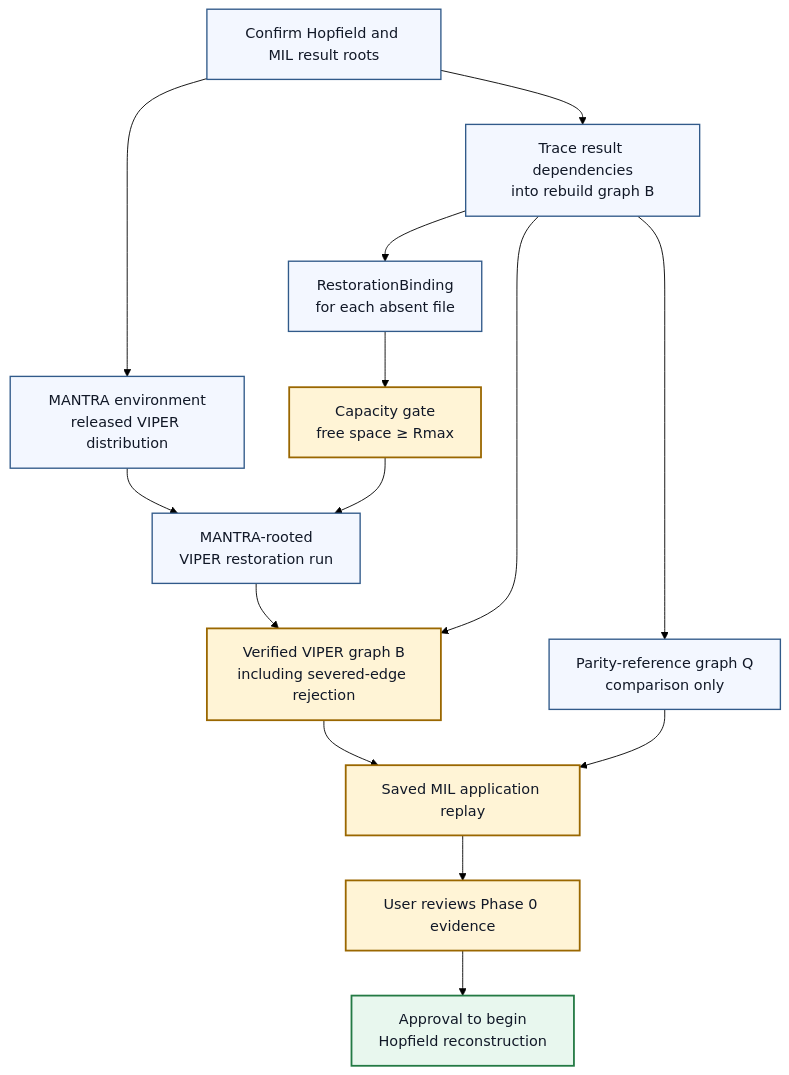
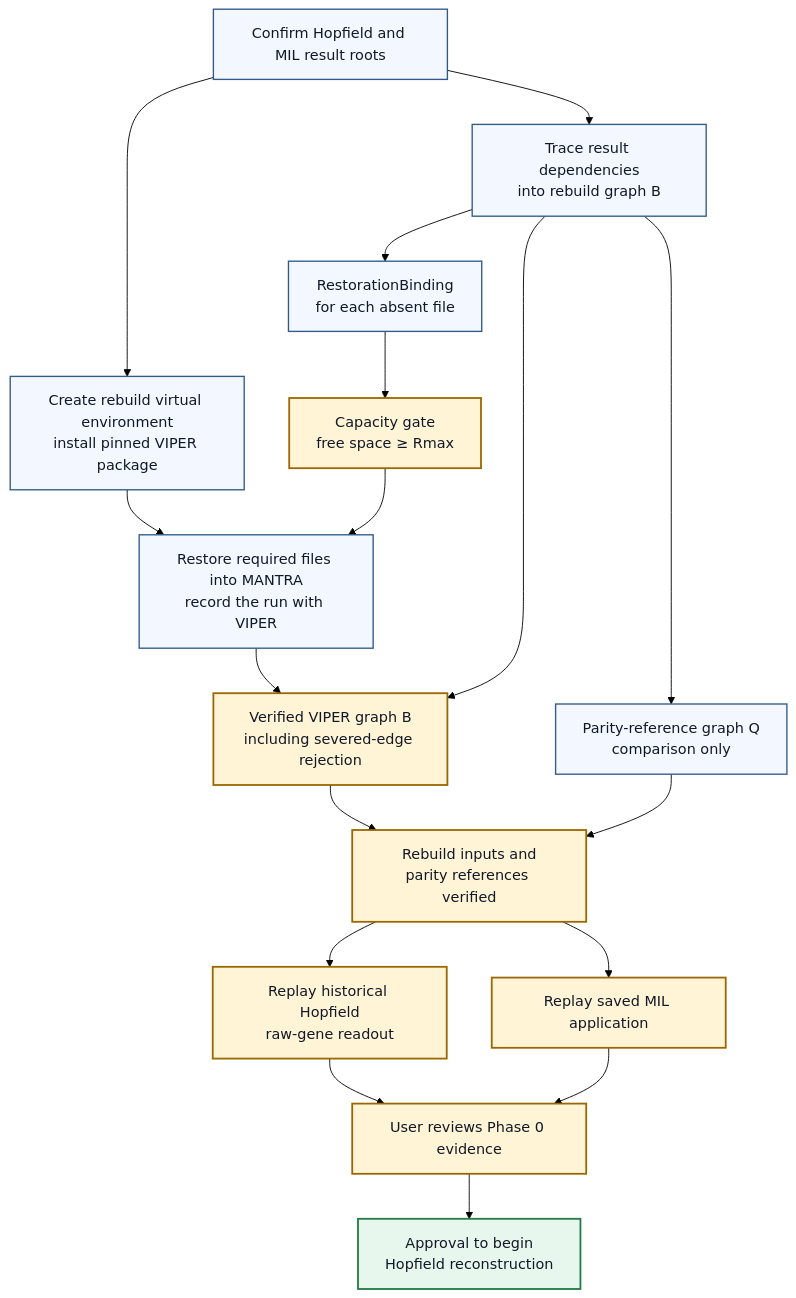
Before and after one commit to pvd232/RICO: the diagram in docs/contracts/mantra-rebuild-phase-0.md, drawn with Mermaid (forest theme). The commit also changed other lines of this file, not shown here.

Commit message:
Add both historical replay gates

````diff
--- a/docs/contracts/mantra-rebuild-phase-0.md
+++ b/docs/contracts/mantra-rebuild-phase-0.md
@@ -98,35 +99,40 @@
 ```mermaid
 flowchart TB
     roots["Confirm Hopfield and MIL result roots"]
-    environment["MANTRA environment<br/>released VIPER distribution"]
+    environment["Create rebuild virtual environment<br/>install pinned VIPER package"]
     trace["Trace result dependencies<br/>into rebuild graph B"]
     binding["RestorationBinding<br/>for each absent file"]
     parity["Parity-reference graph Q<br/>comparison only"]
     capacity["Capacity gate<br/>free space ≥ Rmax"]
-    restore["MANTRA-rooted<br/>VIPER restoration run"]
+    restore["Restore required files into MANTRA<br/>record the run with VIPER"]
     verify["Verified VIPER graph B<br/>including severed-edge rejection"]
-    replay["Saved MIL application replay"]
+    replay_ready["Rebuild inputs and<br/>parity references verified"]
+    hopfield_replay["Replay historical Hopfield<br/>raw-gene readout"]
+    mil_replay["Replay saved MIL application"]
     evidence_review["User reviews Phase 0 evidence"]
     hopfield["Approval to begin<br/>Hopfield reconstruction"]
 
     roots --> environment
     roots --> trace
     trace --> binding
     trace --> parity
     binding --> capacity
     environment --> restore
     capacity --> restore
     restore --> verify
     trace --> verify
-    verify --> replay
-    parity --> replay
-    replay --> evidence_review
+    verify --> replay_ready
+    parity --> replay_ready
+    replay_ready --> hopfield_replay
+    replay_ready --> mil_replay
+    hopfield_replay --> evidence_review
+    mil_replay --> evidence_review
     evidence_review --> hopfield
 
     classDef workNode fill:#f3f7ff,color:#111827,stroke:#315a8a,stroke-width:1.5px
     classDef gateNode fill:#fff4d6,color:#111827,stroke:#9a6700,stroke-width:2px
     classDef outcomeNode fill:#e8f7ee,color:#111827,stroke:#237a44,stroke-width:2px
     class roots,environment,trace,binding,parity,restore workNode
-    class capacity,verify,replay,evidence_review gateNode
+    class capacity,verify,replay_ready,hopfield_replay,mil_replay,evidence_review gateNode
     class hopfield outcomeNode
 ```
````
